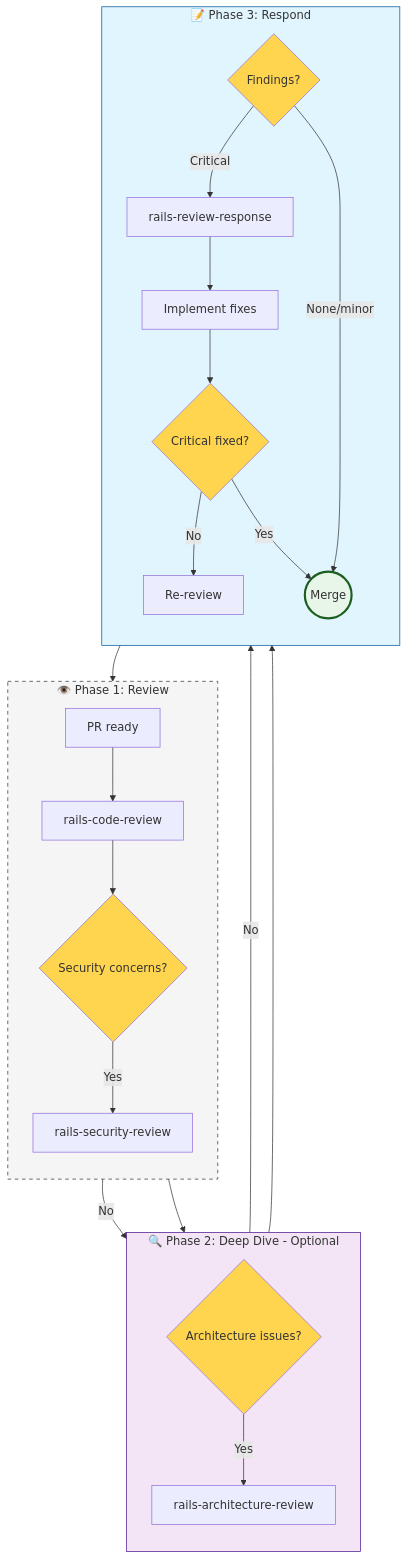
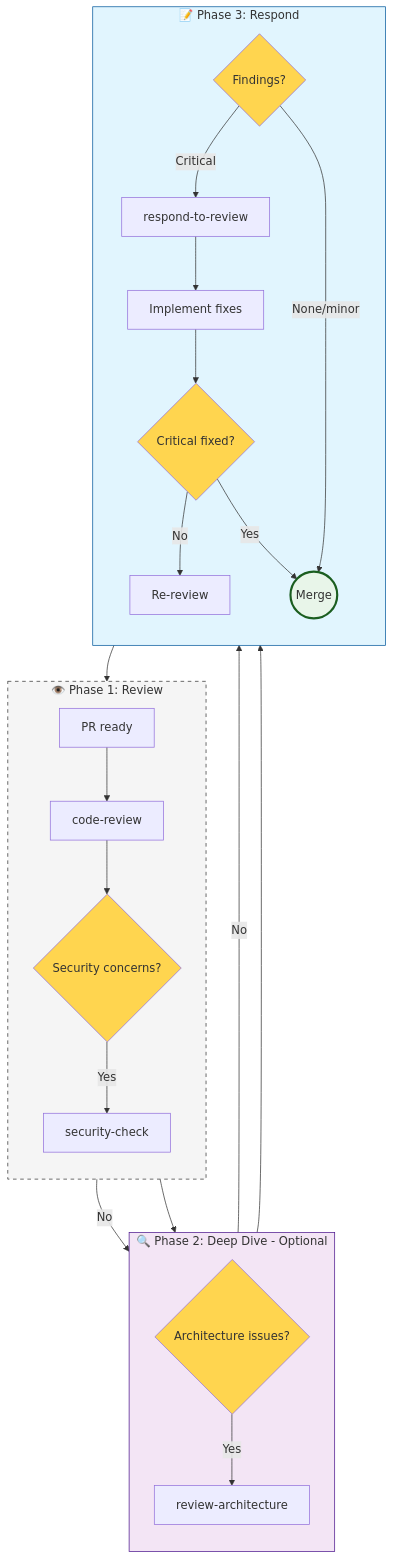
The diagram in docs/workflows/review.md (igmarin/my-RoR-personal-skills), drawn with Mermaid before and after one commit. The commit also changed other lines of this file and 295 other files, not shown here.

First line of the commit message:
Refactor names flows (#57)

````diff
--- a/docs/workflows/review.md
+++ b/docs/workflows/review.md
@@ -9,40 +9,40 @@
 ```mermaid
 graph TB
     subgraph Review [👁️ Phase 1: Review]
         direction TB
-        A[PR ready] --> B[rails-code-review]
+        A[PR ready] --> B[code-review]
         B --> C{Security concerns?}
-        C -- Yes --> D[rails-security-review]
+        C -- Yes --> D[security-check]
     end
 
     subgraph DeepDive [🔍 Phase 2: Deep Dive - Optional]
         direction TB
         C -- No --> E{Architecture issues?}
-        E -- Yes --> F[rails-architecture-review]
+        E -- Yes --> F[review-architecture]
         D --> F
     end
 
     subgraph Respond [📝 Phase 3: Respond]
         direction TB
         E -- No --> G{Findings?}
         F --> G
-        G -- Critical --> H[rails-review-response]
+        G -- Critical --> H[respond-to-review]
         H --> I[Implement fixes]
         I --> J{Critical fixed?}
         J -- No --> K[Re-review]
         J -- Yes --> L((Merge))
     end
 
     G -- None/minor --> L
     K --> B
 
     %% Styling
     style Review fill:#f5f5f5,stroke:#333,stroke-dasharray: 5 5
     style DeepDive fill:#f3e5f5,stroke:#4a148c
     style Respond fill:#e1f5fe,stroke:#01579b
     style C fill:#ffd54f
     style E fill:#ffd54f
     style G fill:#ffd54f
     style J fill:#ffd54f
     style L fill:#e8f5e9,stroke:#1b5e20,stroke-width:3px
 ```
````
